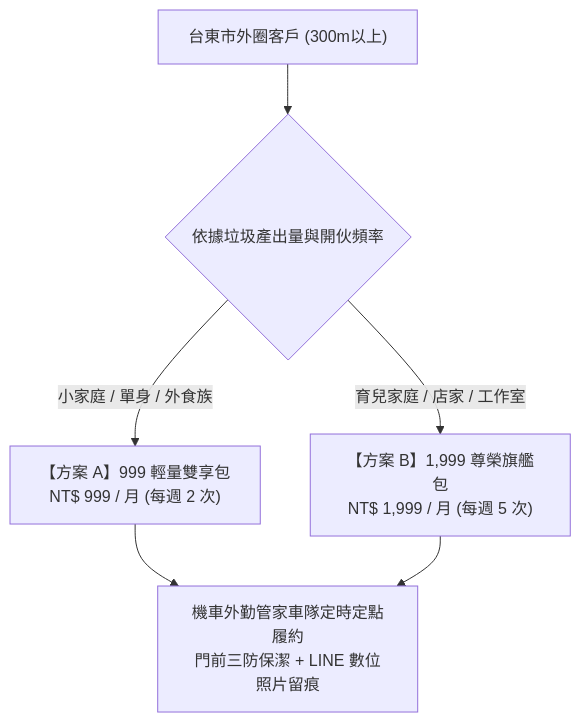
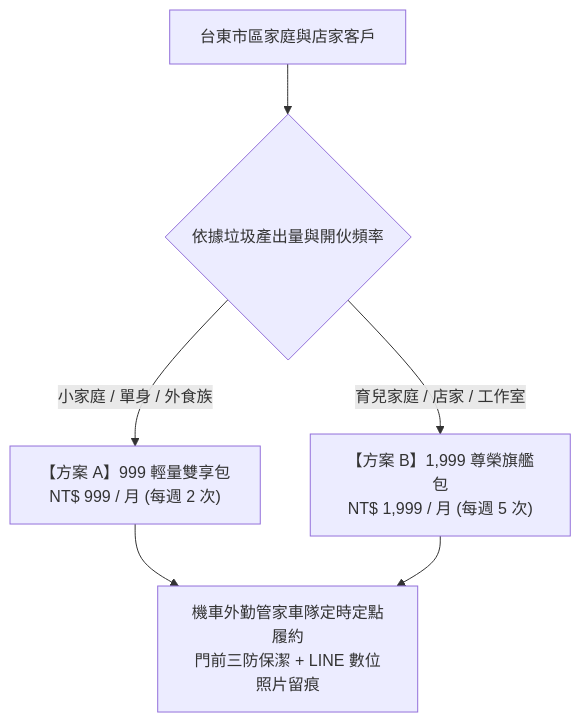
One commit to chalaw710218/00_Master_Polaris changed the diagram in 00-03_Brand_LifeButler/00-03-08_Productized_Services/02_外圈代倒垃圾包月_999與1999/README.md. Above: the diagram before and after it, drawn with Mermaid. The commit also changed other lines of this file and 51 other files, not shown here.

````diff
--- a/00-03_Brand_LifeButler/00-03-08_Productized_Services/02_外圈代倒垃圾包月_999與1999/README.md
+++ b/00-03_Brand_LifeButler/00-03-08_Productized_Services/02_外圈代倒垃圾包月_999與1999/README.md
@@ -26,8 +26,8 @@
 ```mermaid
 graph TD
-    User["台東市外圈客戶 (300m以上)"] --> Check{"依據垃圾產出量與開伙頻率"}
+    User["台東市區家庭與店家客戶"] --> Check{"依據垃圾產出量與開伙頻率"}
     Check -->|小家庭 / 單身 / 外食族| PlanA["【方案 A】999 輕量雙享包<br>NT$ 999 / 月 (每週 2 次)"]
     Check -->|育兒家庭 / 店家 / 工作室| PlanB["【方案 B】1,999 尊榮旗艦包<br>NT$ 1,999 / 月 (每週 5 次)"]
     PlanA --> Delivery["機車外勤管家車隊定時定點履約<br>門前三防保潔 + LINE 數位照片留痕"]
     PlanB --> Delivery
 ```
````
